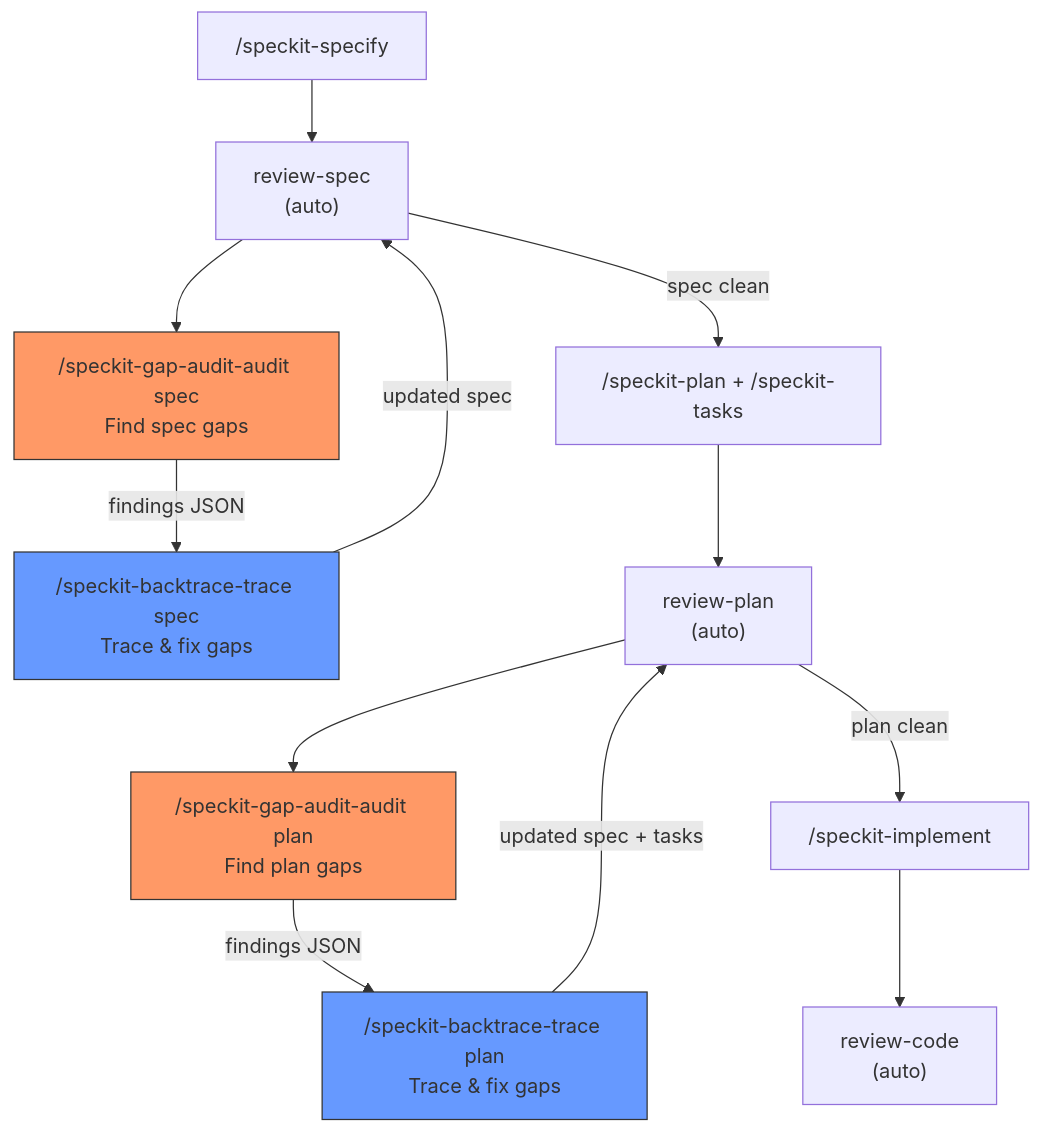
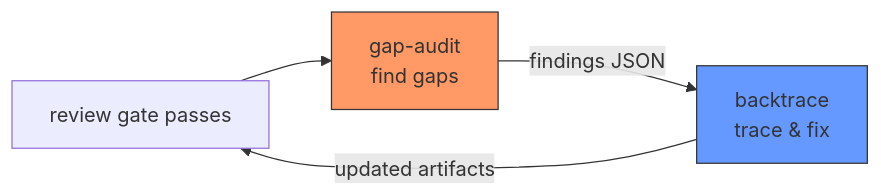
The diagram in README.md (mfleader/sdd-skills), drawn with Mermaid before and after one commit. The commit also changed other lines of this file, not shown here.

Commit message:
docs: simplify workflow diagram, link to spex for full picture

````diff
--- a/README.md
+++ b/README.md
@@ -12,21 +14,9 @@
 ```mermaid
-flowchart TD
-    Specify["/speckit-specify"] --> ReviewSpec["review-spec<br>(auto)"]
-    ReviewSpec --> GapSpec["/speckit-gap-audit-audit spec<br>Find spec gaps"]
-    GapSpec -->|"findings JSON"| BacktraceSpec["/speckit-backtrace-trace spec<br>Trace & fix gaps"]
-    BacktraceSpec -->|"updated spec"| ReviewSpec
+flowchart LR
+    Review["review gate passes"] --> Gap["gap-audit<br>find gaps"]
+    Gap -->|"findings JSON"| BT["backtrace<br>trace & fix"]
+    BT -->|"updated artifacts"| Review
 
-    ReviewSpec -->|"spec clean"| Plan["/speckit-plan + /speckit-tasks"]
-    Plan --> ReviewPlan["review-plan<br>(auto)"]
-    ReviewPlan --> GapPlan["/speckit-gap-audit-audit plan<br>Find plan gaps"]
-    GapPlan -->|"findings JSON"| BacktracePlan["/speckit-backtrace-trace plan<br>Trace & fix gaps"]
-    BacktracePlan -->|"updated spec + tasks"| ReviewPlan
-
-    ReviewPlan -->|"plan clean"| Implement["/speckit-implement"]
-    Implement --> ReviewCode["review-code<br>(auto)"]
-
-    style GapSpec fill:#f96,stroke:#333
-    style GapPlan fill:#f96,stroke:#333
-    style BacktraceSpec fill:#69f,stroke:#333
-    style BacktracePlan fill:#69f,stroke:#333
+    style Gap fill:#f96,stroke:#333
+    style BT fill:#69f,stroke:#333
 ```
````
